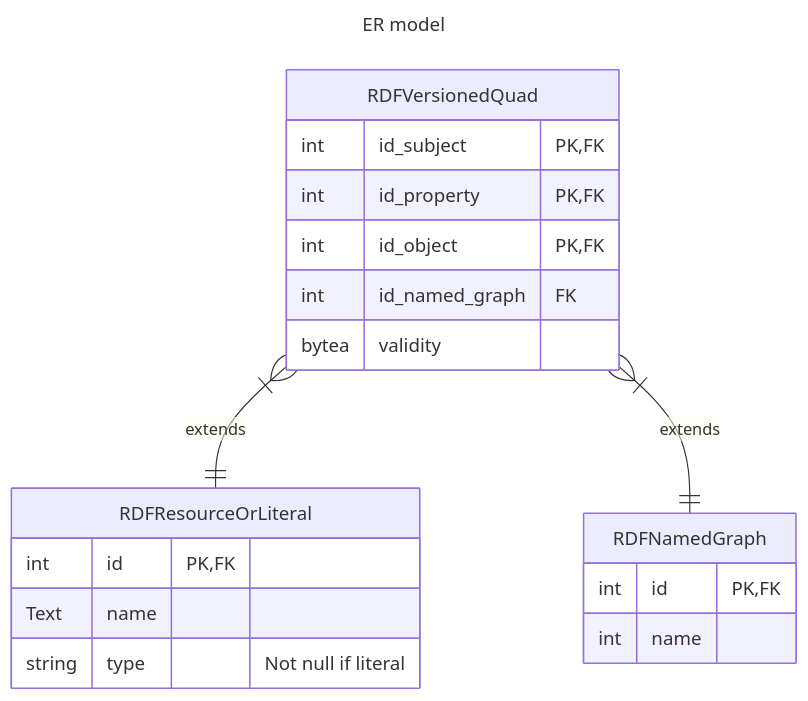
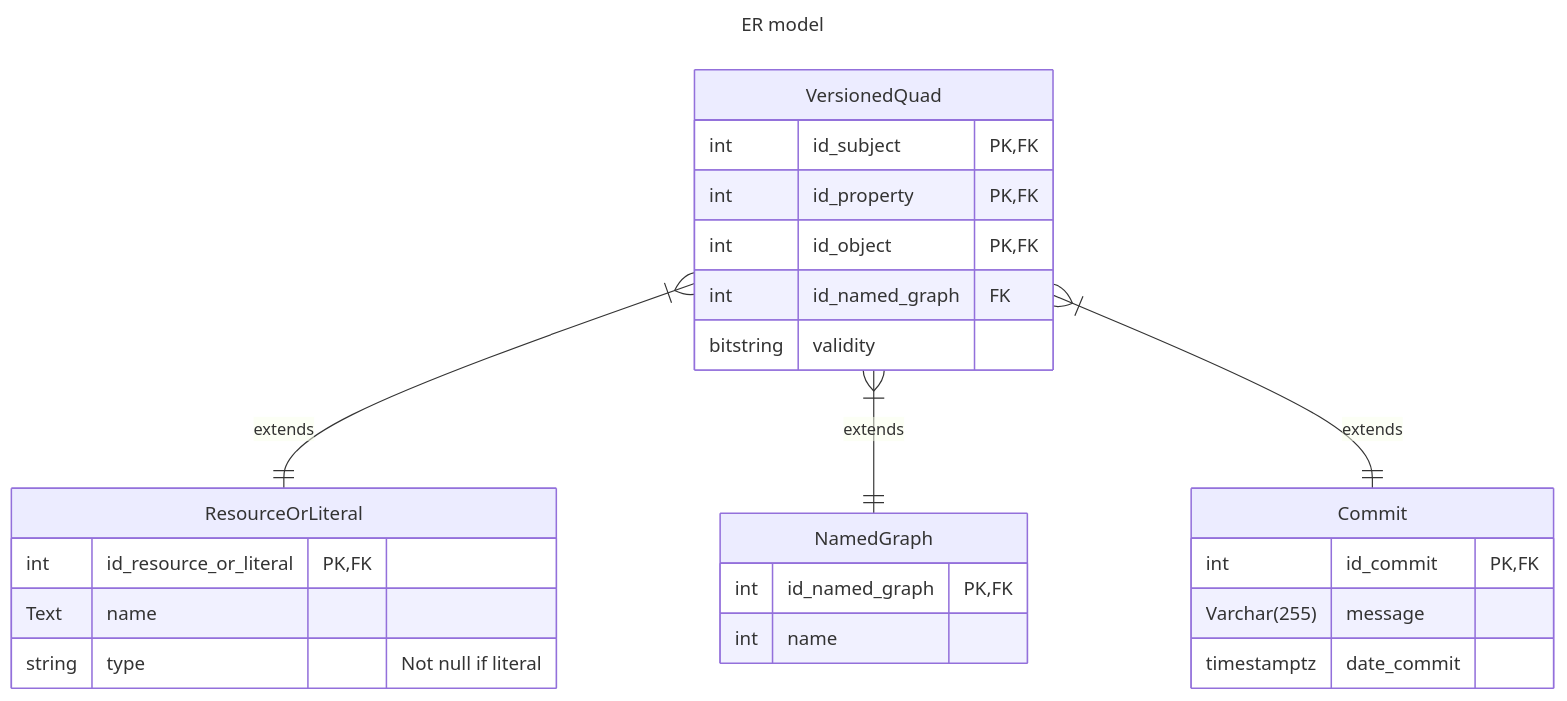
One commit to VCityTeam/ConVer-G changed the first of 3 diagrams in Readme.md. Above: the diagram before and after it, drawn with Mermaid. The commit also changed other lines of this file and 16 other files, not shown here.

````diff
--- a/Readme.md
+++ b/Readme.md
@@ -41,24 +41,30 @@
 ```mermaid
 ---
 title: ER model
 ---
 erDiagram
-    RDFVersionedQuad |{--|| RDFResourceOrLiteral : extends
-    RDFVersionedQuad |{--|| RDFNamedGraph : extends
-    RDFVersionedQuad {
+    VersionedQuad |{--|| ResourceOrLiteral: extends
+    VersionedQuad |{--|| NamedGraph: extends
+    VersionedQuad |{--|| Commit: extends
+    VersionedQuad {
         int id_subject PK, FK
         int id_property PK, FK
         int id_object PK, FK
         int id_named_graph FK
-        bytea validity
+        bitstring validity
     }
-    RDFNamedGraph {
-        int id PK, FK
+    NamedGraph {
+        int id_named_graph PK, FK
         int name
     }
-    RDFResourceOrLiteral {
-        int id PK, FK
-        Text name 
+    ResourceOrLiteral {
+        int id_resource_or_literal PK, FK
+        Text name
         string type "Not null if literal"
     }
+    Commit {
+        int id_commit PK, FK
+        Varchar(255) message
+        timestamptz date_commit
+    }
 ```
````
